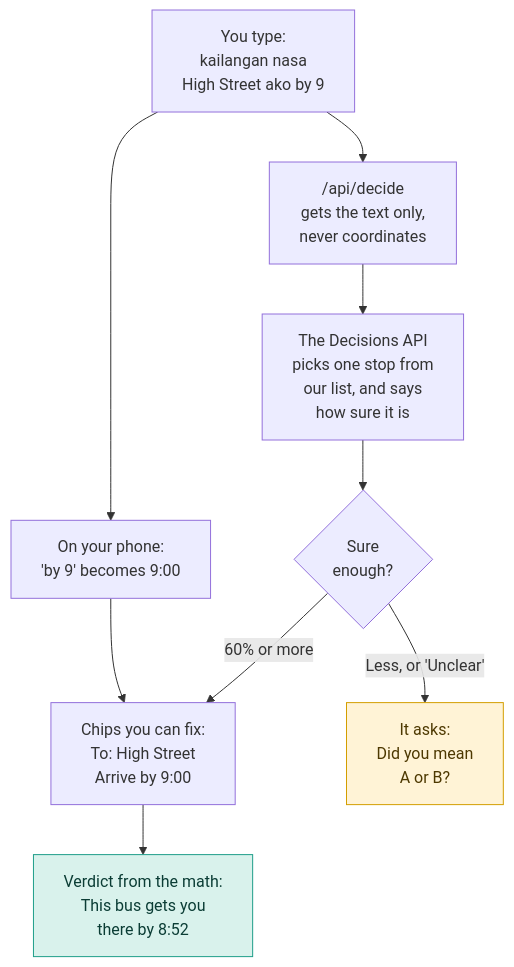
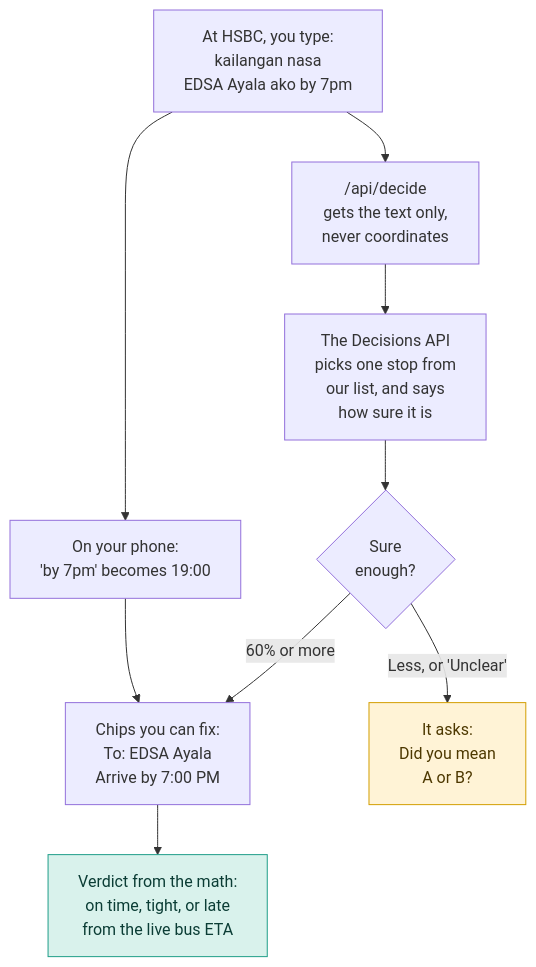
The fifth of 8 diagrams in README.md (lanzmanalac/bustrack), drawn with Mermaid before and after one commit. The commit also changed other lines of this file and 10 other files, not shown here.

````diff
--- a/README.md
+++ b/README.md
@@ -231,22 +231,22 @@
 ```mermaid
 ---
 config:
   flowchart:
     wrappingWidth: 400
 ---
 flowchart TD
-    T["You type:<br/>kailangan nasa<br/>High Street ako by 9"]
-    T --> P["On your phone:<br/>'by 9' becomes 9:00"]
+    T["At HSBC, you type:<br/>kailangan nasa<br/>EDSA Ayala ako by 7pm"]
+    T --> P["On your phone:<br/>'by 7pm' becomes 19:00"]
     T --> API["/api/decide<br/>gets the text only,<br/>never coordinates"]
     API --> D["The Decisions API<br/>picks one stop from<br/>our list, and says<br/>how sure it is"]
     D --> S{"Sure<br/>enough?"}
-    S -- "60% or more" --> C["Chips you can fix:<br/>To: High Street<br/>Arrive by 9:00"]
+    S -- "60% or more" --> C["Chips you can fix:<br/>To: EDSA Ayala<br/>Arrive by 7:00 PM"]
     S -- "Less, or 'Unclear'" --> Q["It asks:<br/>Did you mean<br/>A or B?"]
     P --> C
-    C --> V["Verdict from the math:<br/>This bus gets you<br/>there by 8:52"]
+    C --> V["Verdict from the math:<br/>on time, tight, or late<br/>from the live bus ETA"]
 
     classDef good fill:#d9f2ec,stroke:#1f9e89,color:#0b3d35
     classDef ask fill:#fff3d6,stroke:#d39e00,color:#4d3800
     class V good
     class Q ask
 ```
````
